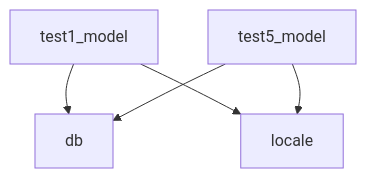
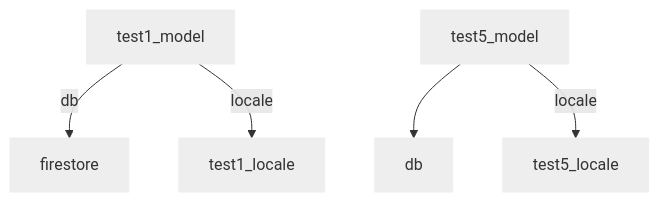
Before and after one commit to franck-yvetot/nxn-cli: the diagram in dependencies.mmd, drawn with Mermaid. The commit also changed 1 other file, not shown here.

Commit message:
mermaid classes

```diff
--- a/dependencies.mmd
+++ b/dependencies.mmd
@@ -1,5 +1,9 @@
 graph TD;
-    test1_model --> db;
-    test1_model --> locale;
+    classDef node fill:#eee,stroke:#eee,color:#333
+    classDef route fill:#2080D0,stroke:#eee,color:#fff
+    classDef nod fill:#C080C0,stroke:#eee,color:#fff
+    classDef service fill:#A9C9EB,stroke:#eee,color:#444
+    test1_model -- db -->firestore;
+    test1_model -- locale -->test1_locale;
     test5_model --> db;
-    test5_model --> locale;
+    test5_model -- locale -->test5_locale;
```
